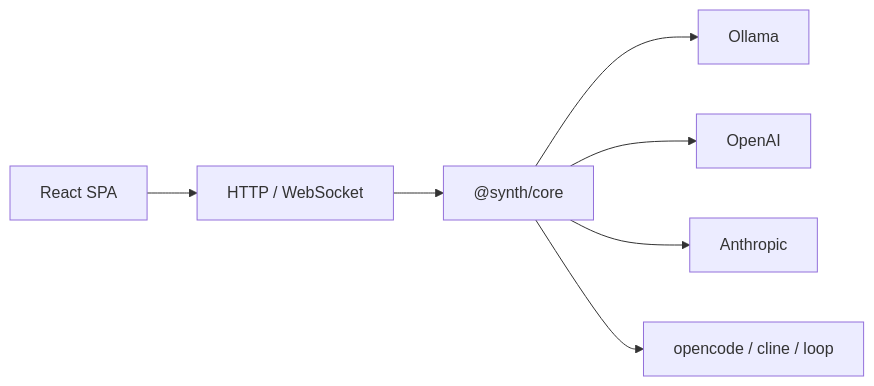
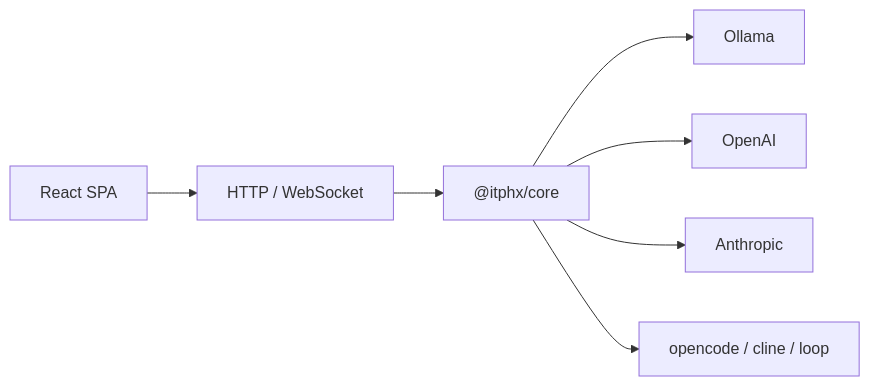
Before and after one commit to itphx/synth: the diagram in README.md, drawn with Mermaid. The commit also changed 163 other files, not shown here.

First line of the commit message:
refactor(packages): переименование scope @synth/* → @itphx/* (единая org itphx)

````diff
--- a/README.md
+++ b/README.md
@@ -14,9 +14,9 @@
 ```mermaid
 flowchart LR
     UI["React SPA"] --> API["HTTP / WebSocket"]
-    API --> Core["@synth/core"]
+    API --> Core["@itphx/core"]
     Core --> Ollama["Ollama"]
     Core --> OpenAI["OpenAI"]
     Core --> Anthropic["Anthropic"]
     Core --> Runners["opencode / cline / loop"]
 ```
````
